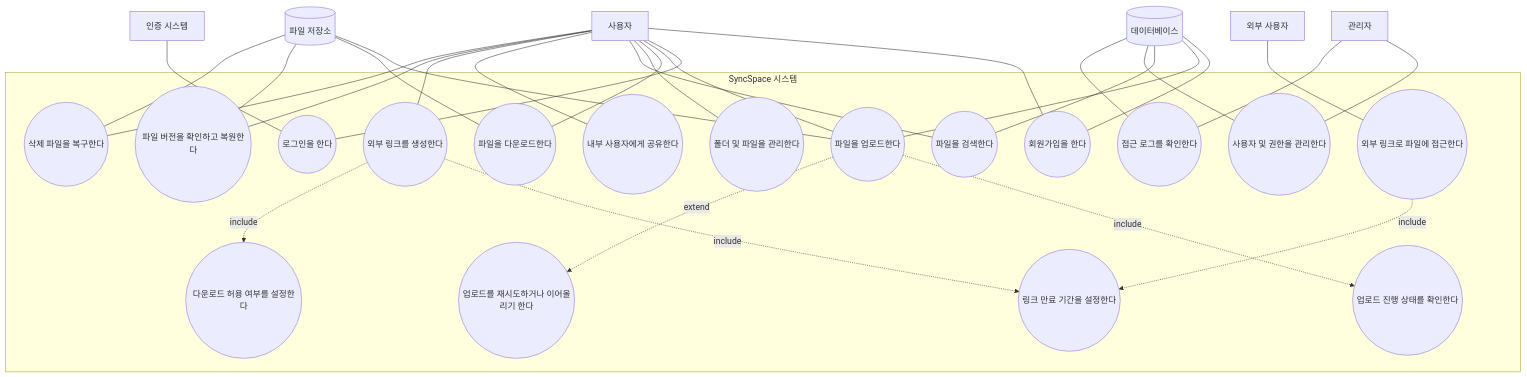
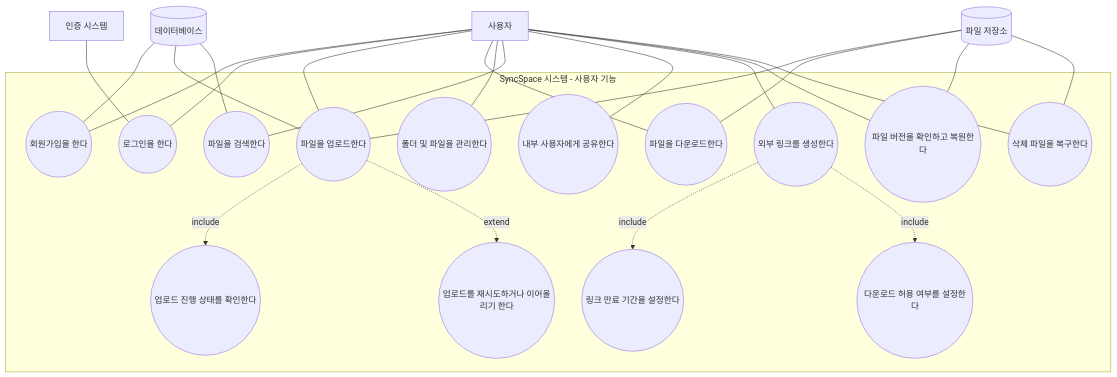
One commit to csharon0218/se changed the second of 16 diagrams in doc/requirements_analysis.md. Above: the diagram before and after it, drawn with Mermaid. The commit also changed other lines of this file and 7 other files, not shown here.

````diff
--- a/doc/requirements_analysis.md
+++ b/doc/requirements_analysis.md
@@ -135,55 +153,44 @@
 ```mermaid
 flowchart TB
-    subgraph S[SyncSpace 시스템]
+    subgraph S[SyncSpace 시스템 - 사용자 기능]
         U01((회원가입을 한다))
         U02((로그인을 한다))
         U03((파일을 업로드한다))
         U03A((업로드 진행 상태를 확인한다))
         U03B((업로드를 재시도하거나 이어올리기 한다))
         U04((파일을 다운로드한다))
         U05((폴더 및 파일을 관리한다))
         U06((파일을 검색한다))
         U07((내부 사용자에게 공유한다))
         U08((외부 링크를 생성한다))
         U08A((링크 만료 기간을 설정한다))
         U08B((다운로드 허용 여부를 설정한다))
         U09((파일 버전을 확인하고 복원한다))
         U10((삭제 파일을 복구한다))
-        U11((사용자 및 권한을 관리한다))
-        U12((접근 로그를 확인한다))
-        U13((외부 링크로 파일에 접근한다))
     end
 
     User[사용자] --- U01
     User --- U02
     User --- U03
     User --- U04
     User --- U05
     User --- U06
     User --- U07
     User --- U08
     User --- U09
     User --- U10
 
-    Admin[관리자] --- U11
-    Admin --- U12
-
-    ExternalUser[외부 사용자] --- U13
-
     Auth[인증 시스템] --- U02
     DB[(데이터베이스)] --- U01
     DB --- U03
     DB --- U06
-    DB --- U11
-    DB --- U12
     Storage[(파일 저장소)] --- U03
     Storage --- U04
     Storage --- U09
     Storage --- U10
 
     U03 -. include .-> U03A
     U03 -. extend .-> U03B
     U08 -. include .-> U08A
     U08 -. include .-> U08B
-    U13 -. include .-> U08A
 ```
````
